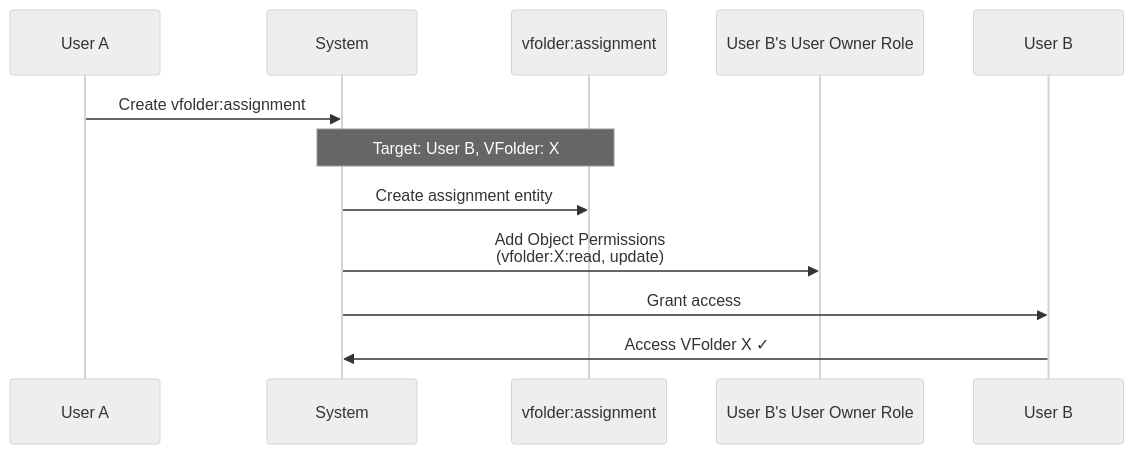
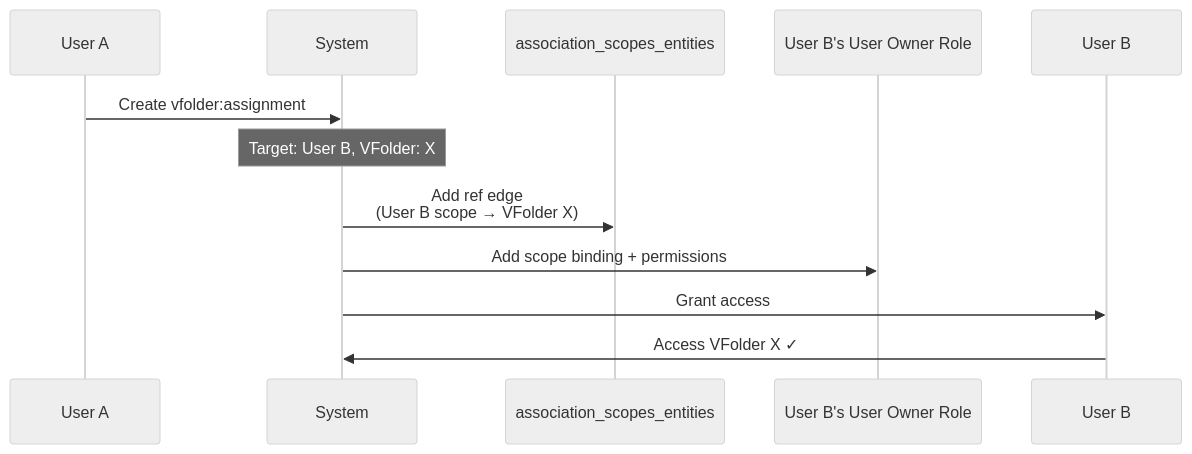
One commit to lablup/backend.ai changed the fourth of 4 diagrams in proposals/BEP-1012-RBAC.md. Above: the diagram before and after it, drawn with Mermaid (neutral theme). The commit also changed other lines of this file and 6 other files, not shown here.

Commit message:
docs(BA-5677): redesign RBAC role-scope binding and deprecate global scope (#10977)

````diff
--- a/proposals/BEP-1012-RBAC.md
+++ b/proposals/BEP-1012-RBAC.md
@@ -399,15 +396,15 @@
 ```mermaid
 sequenceDiagram
     participant UserA as User A
     participant System
-    participant Assignment as vfolder:assignment
+    participant ASE as association_scopes_entities
     participant RoleB as User B's User Owner Role
     participant UserB as User B
 
     UserA->>System: Create vfolder:assignment
-    Note over System,Assignment: Target: User B, VFolder: X
-    System->>Assignment: Create assignment entity
-    System->>RoleB: Add Object Permissions<br/>(vfolder:X:read, update)
+    Note over System: Target: User B, VFolder: X
+    System->>ASE: Add ref edge<br/>(User B scope → VFolder X)
+    System->>RoleB: Add scope binding + permissions
     System->>UserB: Grant access
     UserB->>System: Access VFolder X ✓
 ```
````
